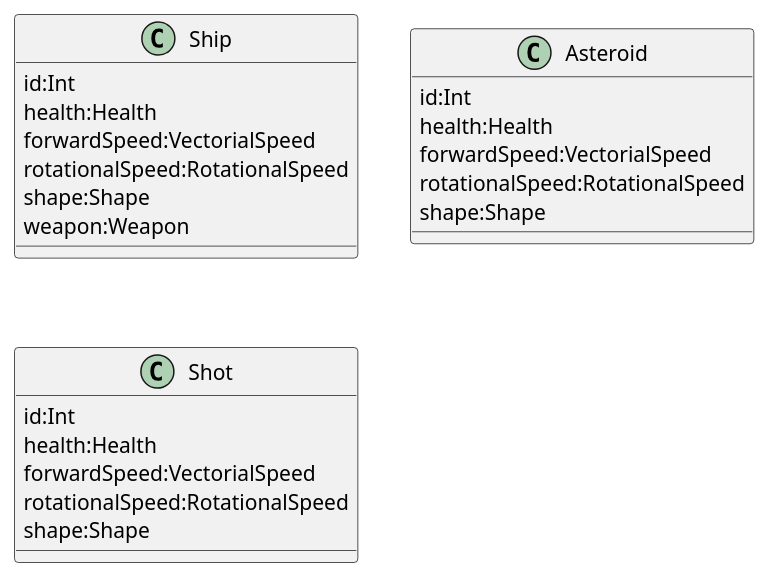
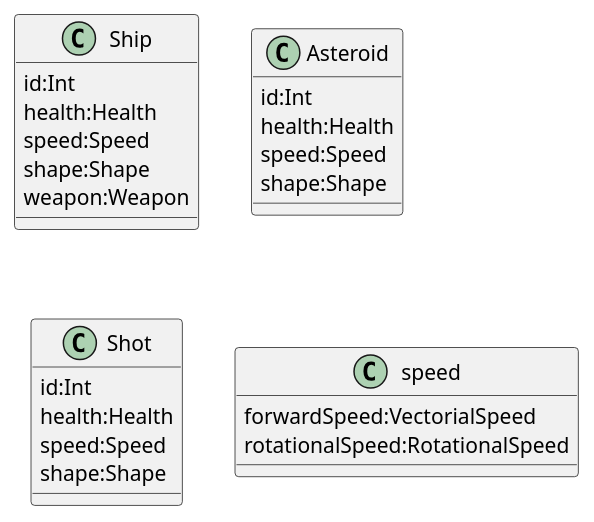
Before and after one commit to jalopbauer/starships: the diagram in diagram.puml, drawn with PlantUML.

Commit message:
Speed refactor

```diff
--- a/diagram.puml
+++ b/diagram.puml
@@ -1,27 +1,29 @@
 @startuml
 class Ship {
     id:Int
     health:Health
-    forwardSpeed:VectorialSpeed
-    rotationalSpeed:RotationalSpeed
+    speed:Speed
     shape:Shape
     weapon:Weapon
 }
 
 class Asteroid {
     id:Int
     health:Health
-    forwardSpeed:VectorialSpeed
-    rotationalSpeed:RotationalSpeed
+    speed:Speed
     shape:Shape
 }
 
 
 class Shot {
     id:Int
     health:Health
+    speed:Speed
+    shape:Shape
+}
+
+class speed {
     forwardSpeed:VectorialSpeed
     rotationalSpeed:RotationalSpeed
-    shape:Shape
 }
 @enduml
```
